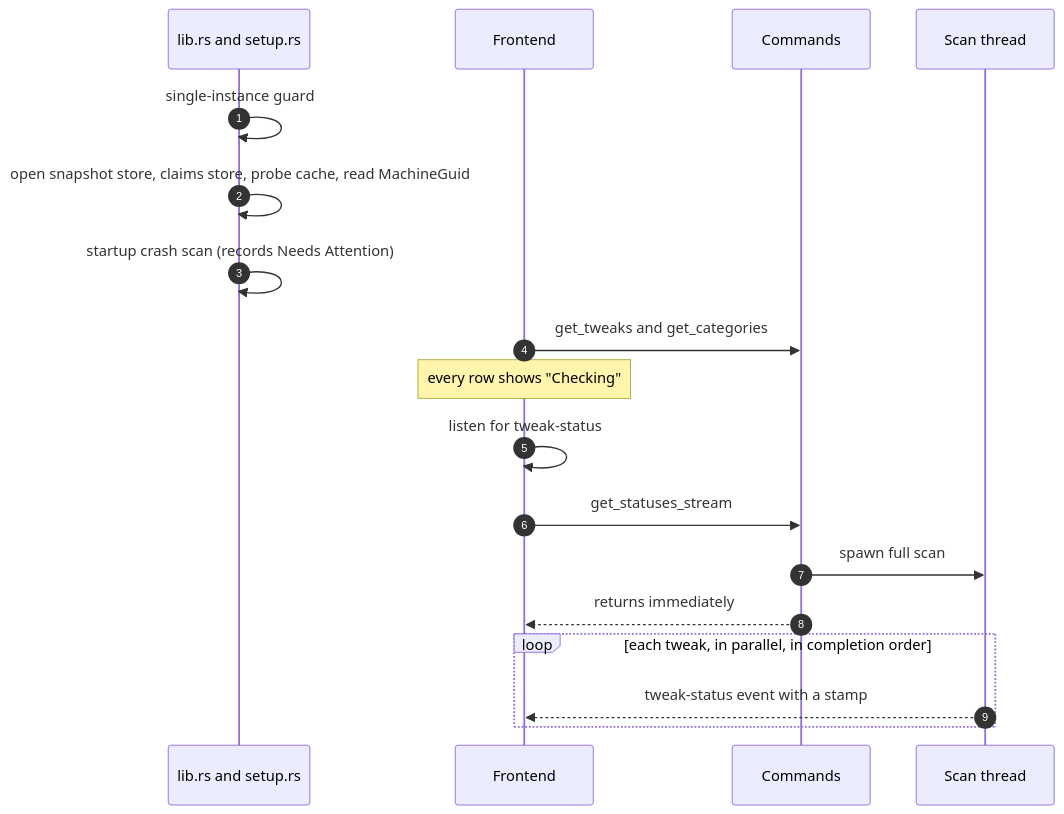
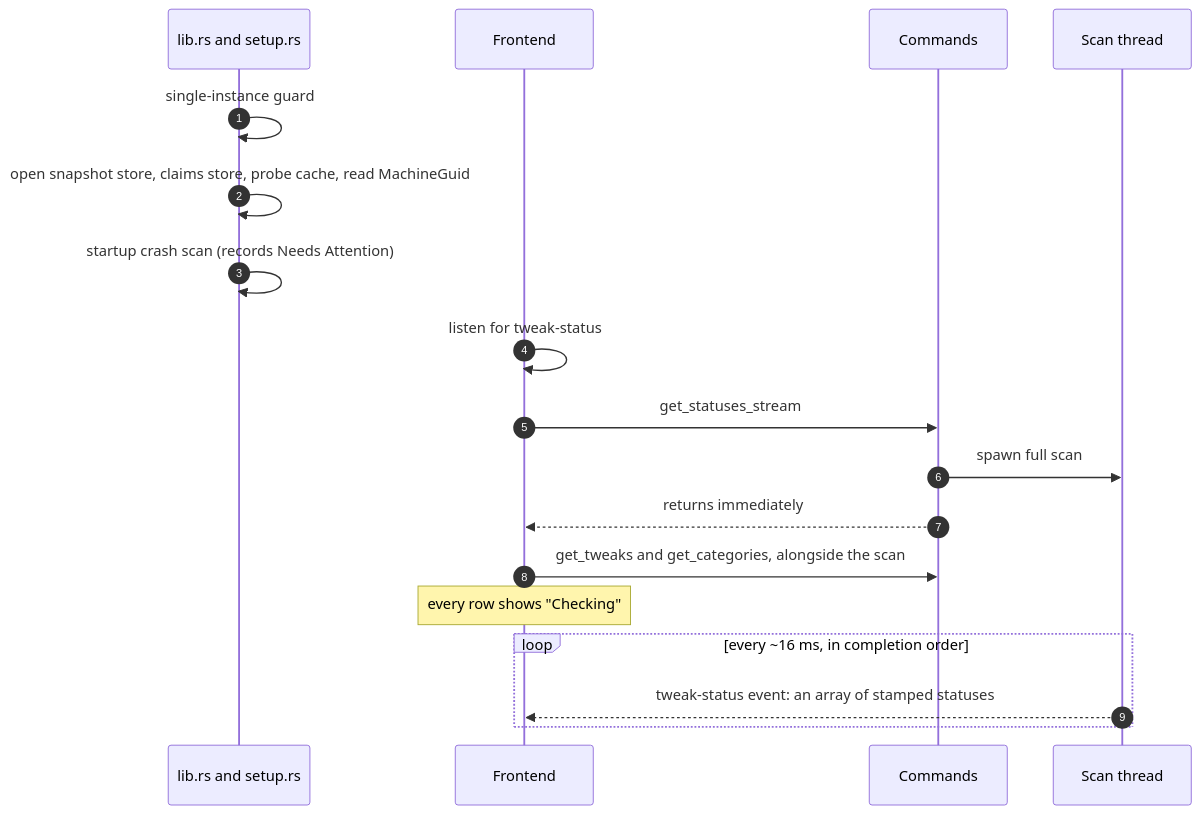
Before and after one commit to ehsan18t/magicx-toolbox-gui: the first of 2 diagrams in docs/architecture/tweak/commands-and-ui.md, drawn with Mermaid. The commit also changed other lines of this file and 245 other files, not shown here.

````diff
--- a/docs/architecture/tweak/commands-and-ui.md
+++ b/docs/architecture/tweak/commands-and-ui.md
@@ -39,21 +39,21 @@
 ```mermaid
 sequenceDiagram
   autonumber
   participant L as lib.rs and setup.rs
   participant FE as Frontend
   participant CMD as Commands
   participant SCAN as Scan thread
 
   L->>L: single-instance guard
   L->>L: open snapshot store, claims store, probe cache, read MachineGuid
   L->>L: startup crash scan (records Needs Attention)
-  FE->>CMD: get_tweaks and get_categories
-  Note over FE: every row shows "Checking"
   FE->>FE: listen for tweak-status
   FE->>CMD: get_statuses_stream
   CMD->>SCAN: spawn full scan
   CMD-->>FE: returns immediately
-  loop each tweak, in parallel, in completion order
-    SCAN-->>FE: tweak-status event with a stamp
+  FE->>CMD: get_tweaks and get_categories, alongside the scan
+  Note over FE: every row shows "Checking"
+  loop every ~16 ms, in completion order
+    SCAN-->>FE: tweak-status event: an array of stamped statuses
   end
 ```
````
